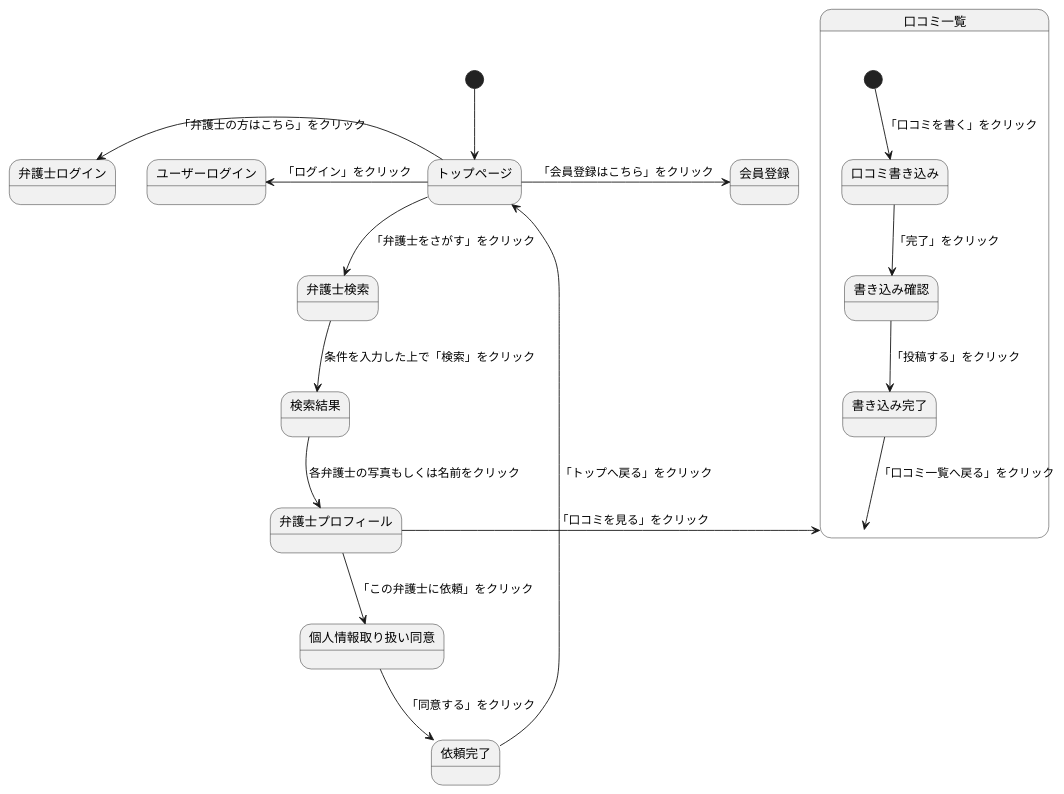
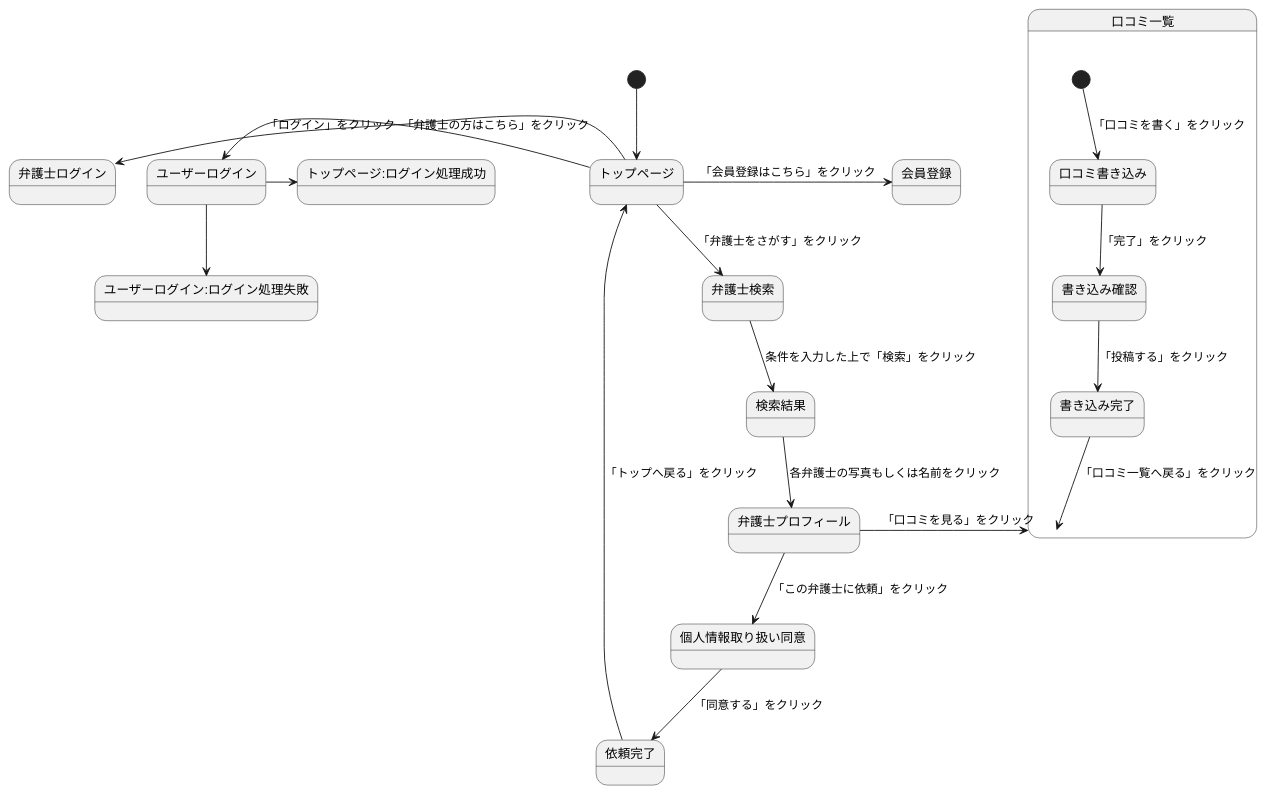
One commit to Aso2001374/2021sys-design changed the diagram in 0524kadai.md. Above: the diagram before and after it, drawn with PlantUML.

````diff
--- a/0524kadai.md
+++ b/0524kadai.md
@@ -1,23 +1,25 @@
 ```uml
 @startuml
 [*] --> トップページ
 トップページ -> 会員登録:「会員登録はこちら」をクリック
 トップページ -left-> ユーザーログイン:「ログイン」をクリック
+ユーザーログイン-right->トップページ:ログイン処理成功
+ユーザーログイン-->ユーザーログイン:ログイン処理失敗
 トップページ -left-> 弁護士ログイン:「弁護士の方はこちら」をクリック
 トップページ --> 弁護士検索:「弁護士をさがす」をクリック
 弁護士検索 --> 検索結果: 条件を入力した上で「検索」をクリック
 検索結果 -down-> 弁護士プロフィール: 各弁護士の写真もしくは名前をクリック
 弁護士プロフィール -left-> 口コミ一覧:「口コミを見る」をクリック
 弁護士プロフィール --> 個人情報取り扱い同意:「この弁護士に依頼」をクリック
 個人情報取り扱い同意-->依頼完了:「同意する」をクリック
 依頼完了-->トップページ:「トップへ戻る」をクリック
 
 state 口コミ一覧{
 [*] --> 口コミ書き込み:「口コミを書く」をクリック
 口コミ書き込み --> 書き込み確認:「完了」をクリック
 書き込み確認 --> 書き込み完了:「投稿する」をクリック
 書き込み完了 --> 口コミ一覧:「口コミ一覧へ戻る」をクリック
 }
 
 @enduml
 ```
````
